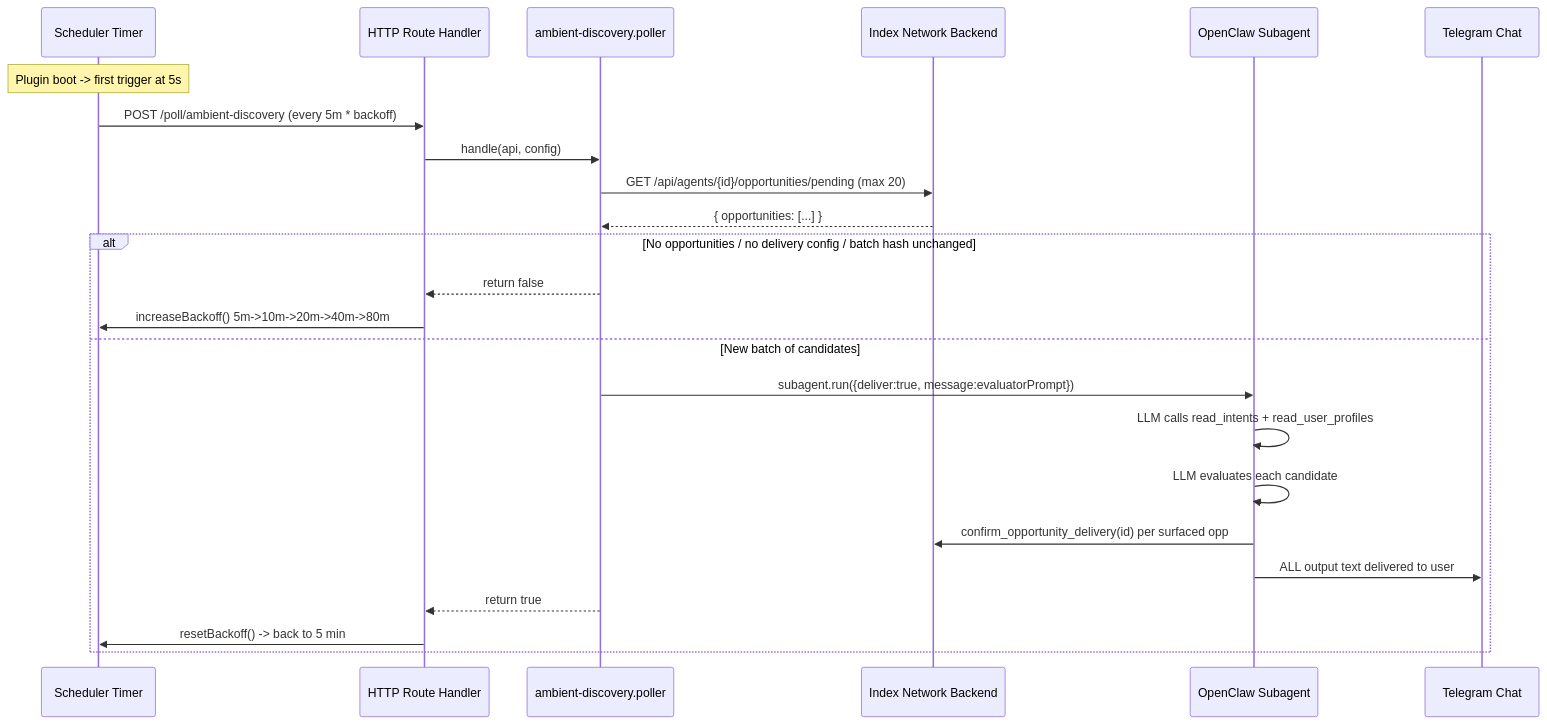
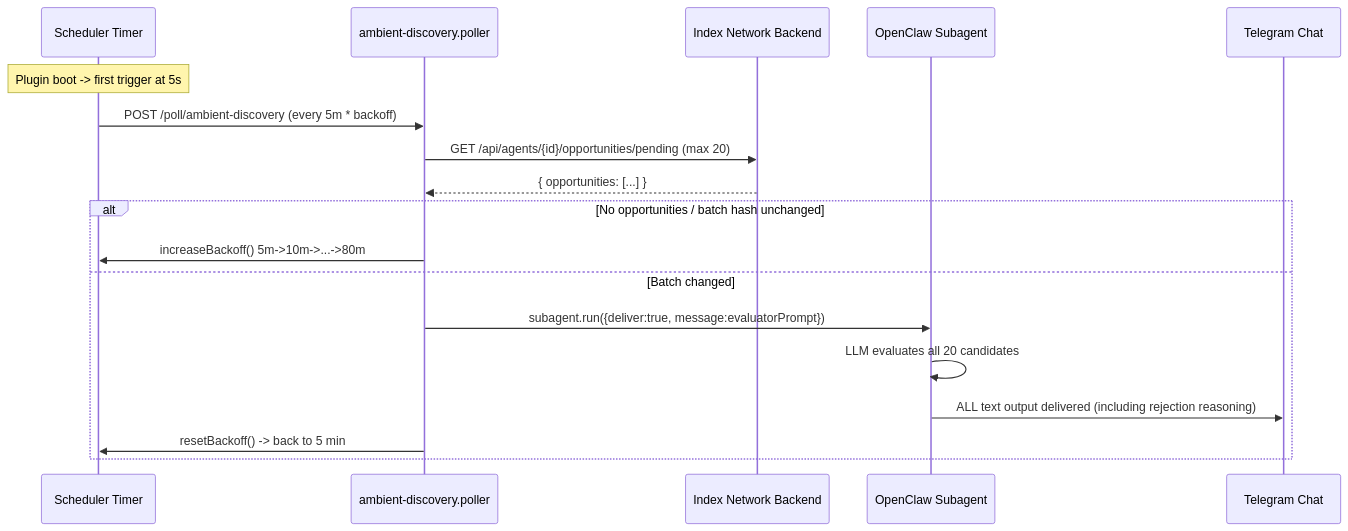
One commit to indexnetwork/index changed the first of 2 diagrams in docs/superpowers/plans/2026-04-22-ambient-discovery-spam-fix.md. Above: the diagram before and after it, drawn with Mermaid. The commit also changed other lines of this file, not shown here.

First line of the commit message:
docs: rewrite ambient discovery plan from scratch

````diff
--- a/docs/superpowers/plans/2026-04-22-ambient-discovery-spam-fix.md
+++ b/docs/superpowers/plans/2026-04-22-ambient-discovery-spam-fix.md
@@ -5,28 +5,22 @@
 ```mermaid
 sequenceDiagram
     participant Sched as Scheduler Timer
-    participant Route as HTTP Route Handler
     participant Poller as ambient-discovery.poller
     participant Backend as Index Network Backend
     participant Subagent as OpenClaw Subagent
     participant Telegram as Telegram Chat
 
     Note over Sched: Plugin boot -> first trigger at 5s
-    Sched->>Route: POST /poll/ambient-discovery (every 5m * backoff)
-    Route->>Poller: handle(api, config)
+    Sched->>Poller: POST /poll/ambient-discovery (every 5m * backoff)
     Poller->>Backend: GET /api/agents/{id}/opportunities/pending (max 20)
     Backend-->>Poller: { opportunities: [...] }
 
-    alt No opportunities / no delivery config / batch hash unchanged
-        Poller-->>Route: return false
-        Route->>Sched: increaseBackoff() 5m->10m->20m->40m->80m
-    else New batch of candidates
+    alt No opportunities / batch hash unchanged
+        Poller->>Sched: increaseBackoff() 5m->10m->...->80m
+    else Batch changed
         Poller->>Subagent: subagent.run({deliver:true, message:evaluatorPrompt})
-        Subagent->>Subagent: LLM calls read_intents + read_user_profiles
-        Subagent->>Subagent: LLM evaluates each candidate
-        Subagent->>Backend: confirm_opportunity_delivery(id) per surfaced opp
-        Subagent->>Telegram: ALL output text delivered to user
-        Poller-->>Route: return true
-        Route->>Sched: resetBackoff() -> back to 5 min
+        Subagent->>Subagent: LLM evaluates all 20 candidates
+        Subagent->>Telegram: ALL text output delivered (including rejection reasoning)
+        Poller->>Sched: resetBackoff() -> back to 5 min
     end
 ```
````
